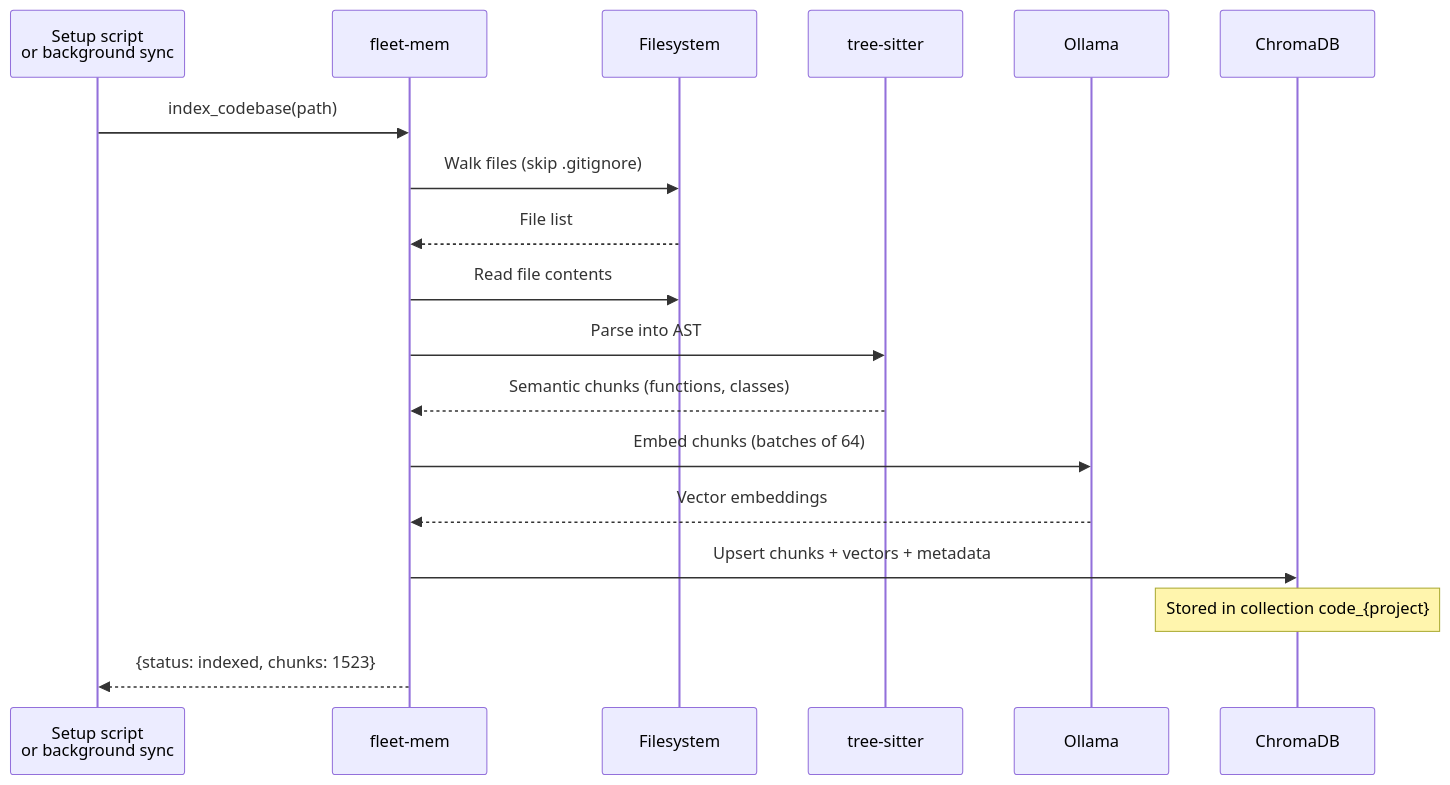
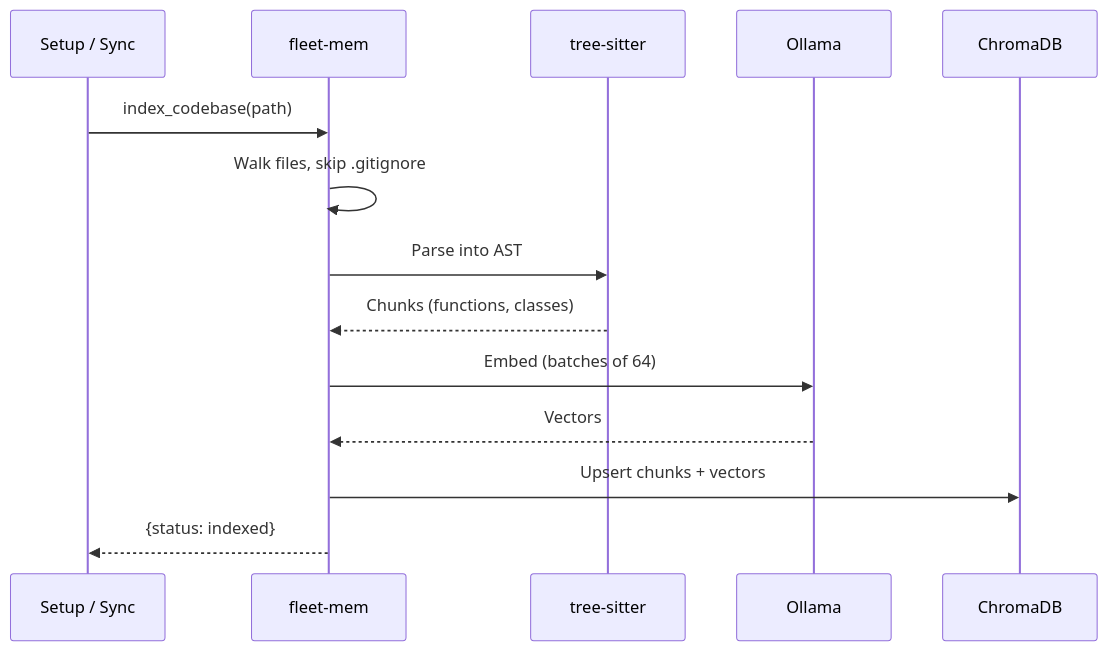
Before and after one commit to sam-ent/fleet-mem: the second of 6 diagrams in README.md, drawn with Mermaid. The commit also changed other lines of this file, not shown here.

Commit message:
docs: fix process flows - remove details blocks, promote to h2, simplify

````diff
--- a/README.md
+++ b/README.md
@@ -122,21 +121,17 @@
 ```mermaid
 sequenceDiagram
-    participant S as Setup script<br/>or background sync
+    participant S as Setup / Sync
     participant FM as fleet-mem
-    participant FS as Filesystem
     participant TS as tree-sitter
     participant OL as Ollama
     participant C as ChromaDB
 
     S->>FM: index_codebase(path)
-    FM->>FS: Walk files (skip .gitignore)
-    FS-->>FM: File list
-    FM->>FS: Read file contents
+    FM->>FM: Walk files, skip .gitignore
     FM->>TS: Parse into AST
-    TS-->>FM: Semantic chunks (functions, classes)
-    FM->>OL: Embed chunks (batches of 64)
-    OL-->>FM: Vector embeddings
-    FM->>C: Upsert chunks + vectors + metadata
-    Note over C: Stored in collection code_{project}
-    FM-->>S: {status: indexed, chunks: 1523}
+    TS-->>FM: Chunks (functions, classes)
+    FM->>OL: Embed (batches of 64)
+    OL-->>FM: Vectors
+    FM->>C: Upsert chunks + vectors
+    FM-->>S: {status: indexed}
 ```
````
